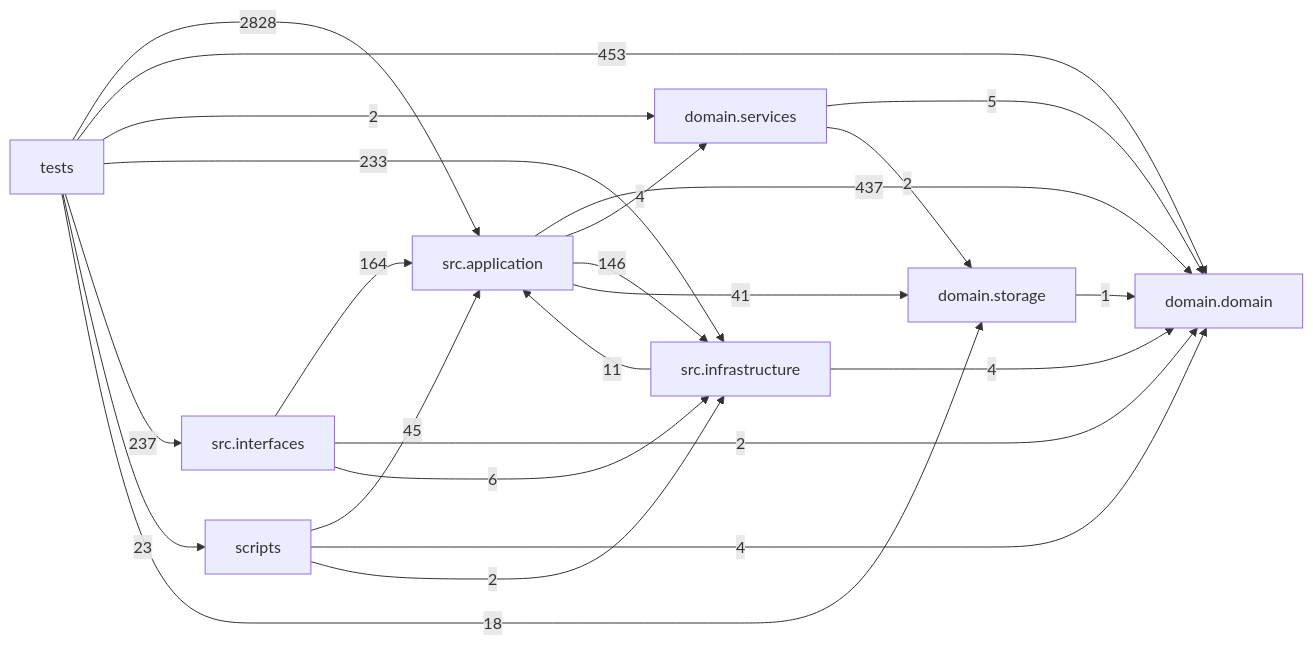
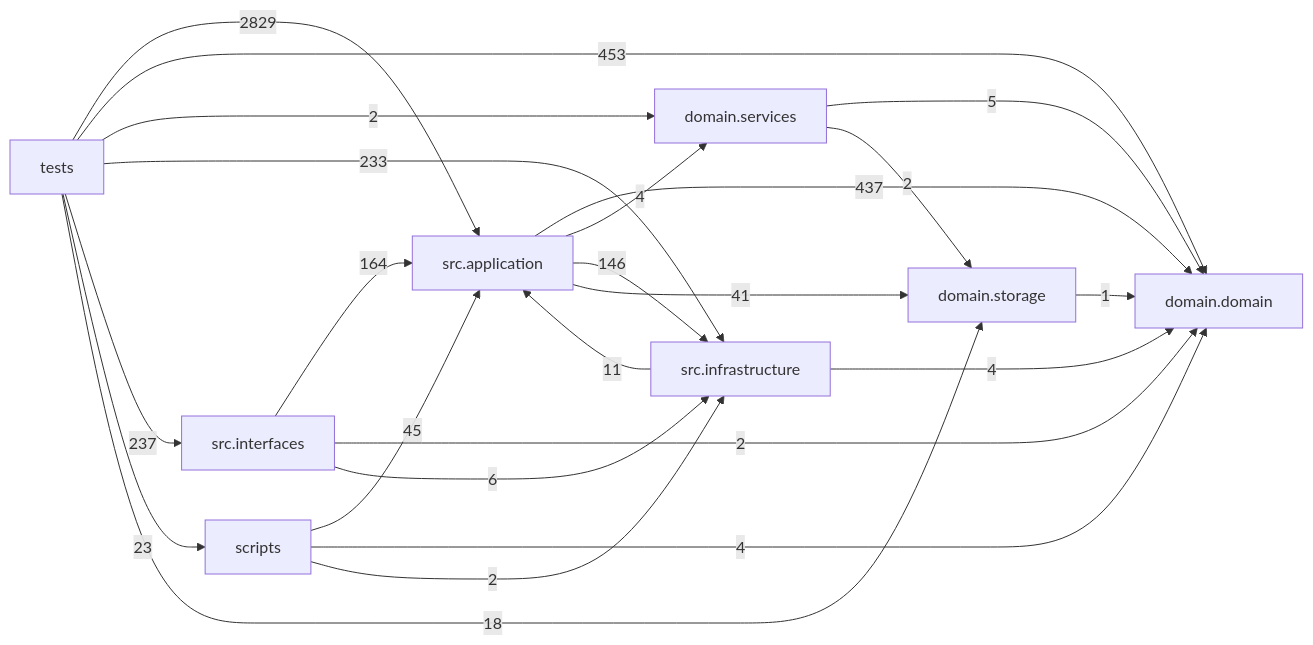
Before and after one commit to liuxie066/options-monitor: the diagram in docs/DEPENDENCY_GRAPH.md, drawn with Mermaid. The commit also changed other lines of this file and 2 other files, not shown here.

````diff
--- a/docs/DEPENDENCY_GRAPH.md
+++ b/docs/DEPENDENCY_GRAPH.md
@@ -24,33 +24,33 @@
 ```mermaid
 flowchart LR
   tests["tests"]
   scripts["scripts"]
   interfaces["src.interfaces"]
   application["src.application"]
   infrastructure["src.infrastructure"]
   domain_services["domain.services"]
   domain["domain.domain"]
   storage["domain.storage"]
   application -->|437| domain
   application -->|4| domain_services
   application -->|146| infrastructure
   application -->|41| storage
   domain_services -->|5| domain
   domain_services -->|2| storage
   infrastructure -->|11| application
   infrastructure -->|4| domain
   interfaces -->|164| application
   interfaces -->|2| domain
   interfaces -->|6| infrastructure
   scripts -->|45| application
   scripts -->|4| domain
   scripts -->|2| infrastructure
   storage -->|1| domain
-  tests -->|2828| application
+  tests -->|2829| application
   tests -->|453| domain
   tests -->|2| domain_services
   tests -->|233| infrastructure
   tests -->|237| interfaces
   tests -->|23| scripts
   tests -->|18| storage
 ```
````
